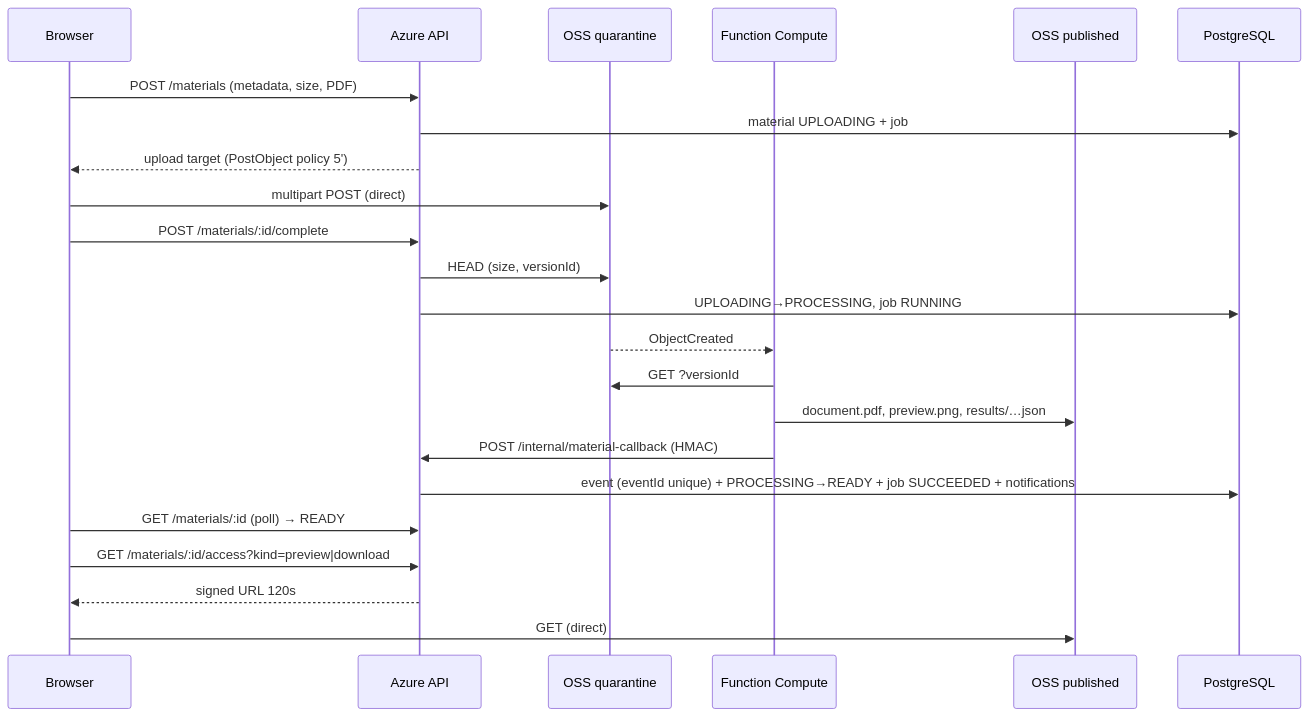
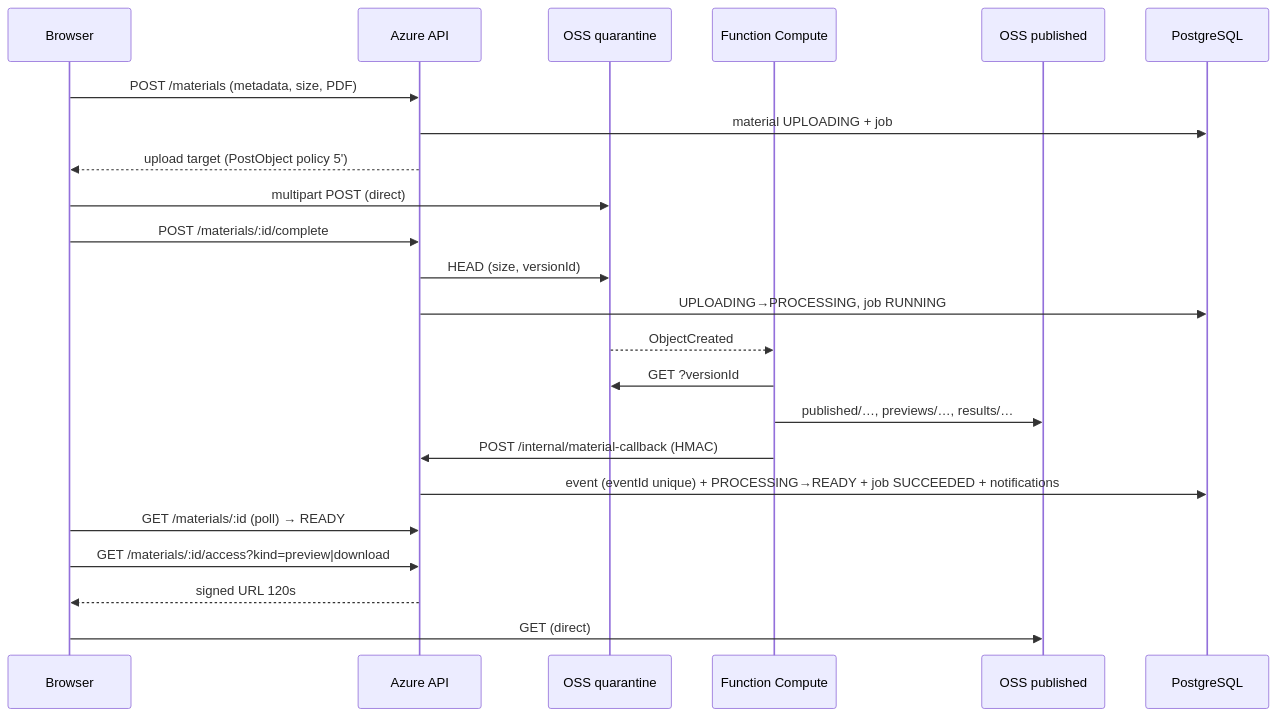
One commit to ThanhDuc1712/EduCenter-Cloud---BTL-Cloud changed the diagram in docs/cross-cloud-data-flow.md. Above: the diagram before and after it, drawn with Mermaid. The commit also changed other lines of this file and 16 other files, not shown here.

````diff
--- a/docs/cross-cloud-data-flow.md
+++ b/docs/cross-cloud-data-flow.md
@@ -5,25 +5,25 @@
 ```mermaid
 sequenceDiagram
   participant B as Browser
   participant A as Azure API
   participant Q as OSS quarantine
   participant F as Function Compute
   participant P as OSS published
   participant D as PostgreSQL
   B->>A: POST /materials (metadata, size, PDF)
   A->>D: material UPLOADING + job #1 QUEUED (correlationId)
   A-->>B: upload target (PostObject policy 5')
   B->>Q: multipart POST (direct)
   B->>A: POST /materials/:id/complete
   A->>Q: HEAD (size, versionId)
   A->>D: UPLOADING→PROCESSING, job RUNNING
   Q-->>F: ObjectCreated
   F->>Q: GET ?versionId
-  F->>P: document.pdf, preview.png, results/…json
+  F->>P: published/…, previews/…, results/…
   F->>A: POST /internal/material-callback (HMAC)
   A->>D: event (eventId unique) + PROCESSING→READY + job SUCCEEDED + notifications
   B->>A: GET /materials/:id (poll) → READY
   B->>A: GET /materials/:id/access?kind=preview|download
   A-->>B: signed URL 120s
   B->>P: GET (direct)
 ```
````
